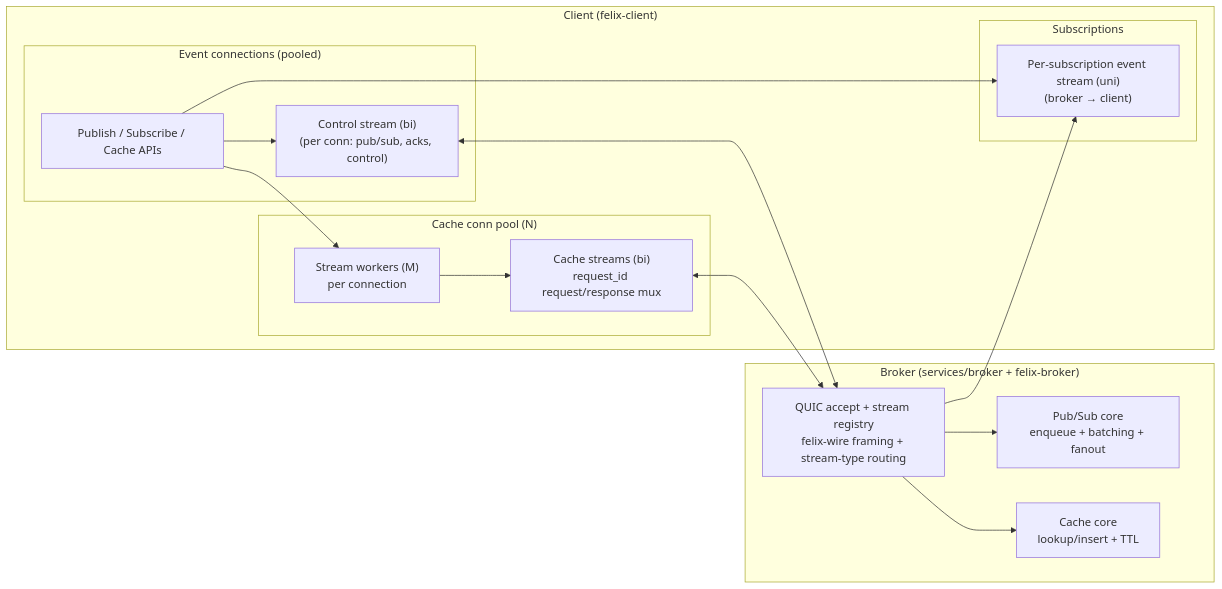
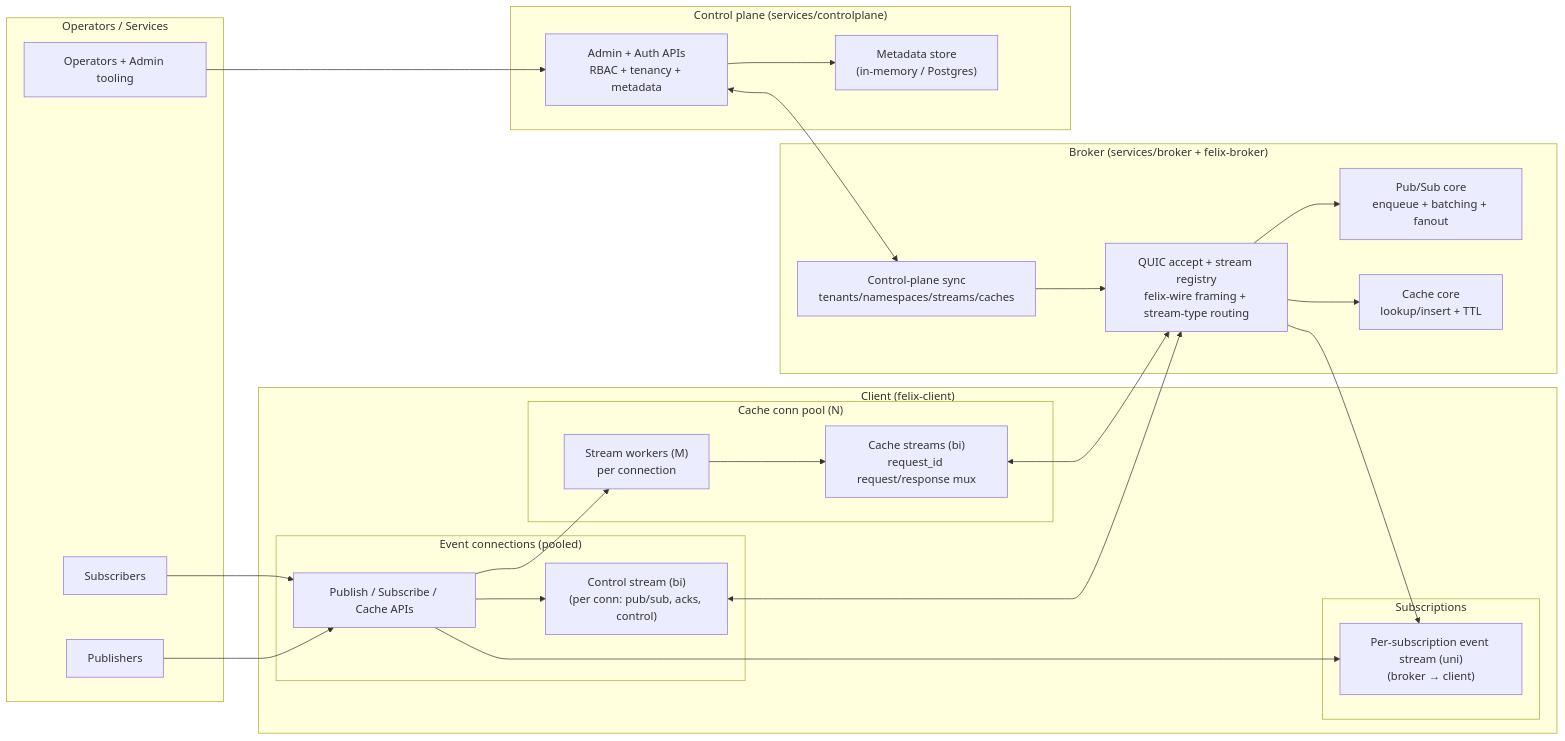
Before and after one commit to gabloe/felix: the diagram in README.md, drawn with Mermaid.

Commit message:
Update main mermaid chart to show op/sub/pub/controlplane flows

````diff
--- a/README.md
+++ b/README.md
@@ -83,36 +83,55 @@
 ```mermaid
 flowchart LR
+    subgraph OPS["Operators / Services"]
+        Op["Operators + Admin tooling"]
+        PubSvc["Publishers"]
+        SubSvc["Subscribers"]
+    end
+
     subgraph C["Client (felix-client)"]
         API["Publish / Subscribe / Cache APIs"]
 
         subgraph EVC["Event connections (pooled)"]
             Ctrl["Control stream (bi)<br/>(per conn: pub/sub, acks, control)"]
             API --> Ctrl
         end
 
         subgraph SUBS["Subscriptions"]
             SubU["Per-subscription event stream (uni)<br/>(broker → client)"]
         end
         API --> SubU
 
         subgraph CCP["Cache conn pool (N)"]
             SW["Stream workers (M)<br/>per connection"]
             CacheS["Cache streams (bi)<br/>request_id request/response mux"]
             API --> SW
             SW --> CacheS
         end
     end
 
     subgraph B["Broker (services/broker + felix-broker)"]
         Ingress["QUIC accept + stream registry<br/>felix-wire framing + stream-type routing"]
         PS["Pub/Sub core<br/>enqueue + batching + fanout"]
         Cache["Cache core<br/>lookup/insert + TTL"]
+        Sync["Control-plane sync<br/>tenants/namespaces/streams/caches"]
 
         Ingress --> PS
         Ingress --> Cache
+        Sync --> Ingress
     end
+
+    subgraph CP["Control plane (services/controlplane)"]
+        CPAPI["Admin + Auth APIs<br/>RBAC + tenancy + metadata"]
+        Store["Metadata store<br/>(in-memory / Postgres)"]
+        CPAPI --> Store
+    end
+
+    Op --> CPAPI
+    PubSvc --> API
+    SubSvc --> API
 
     Ctrl <--> Ingress
     Ingress --> SubU
     CacheS <--> Ingress
+    CPAPI <--> Sync
 ```
````
